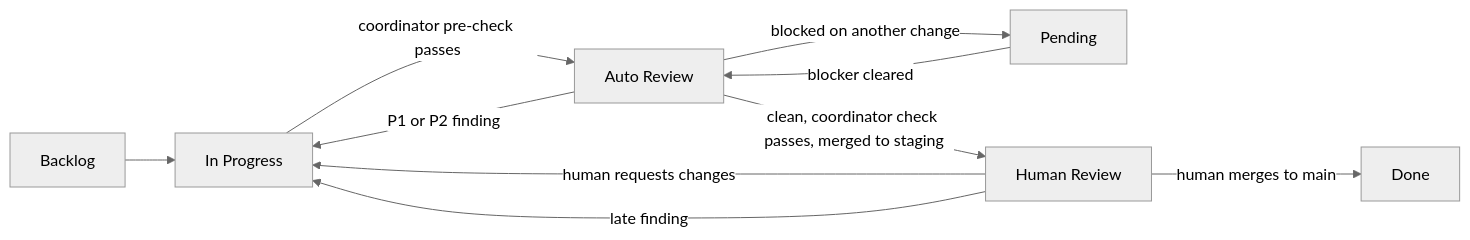
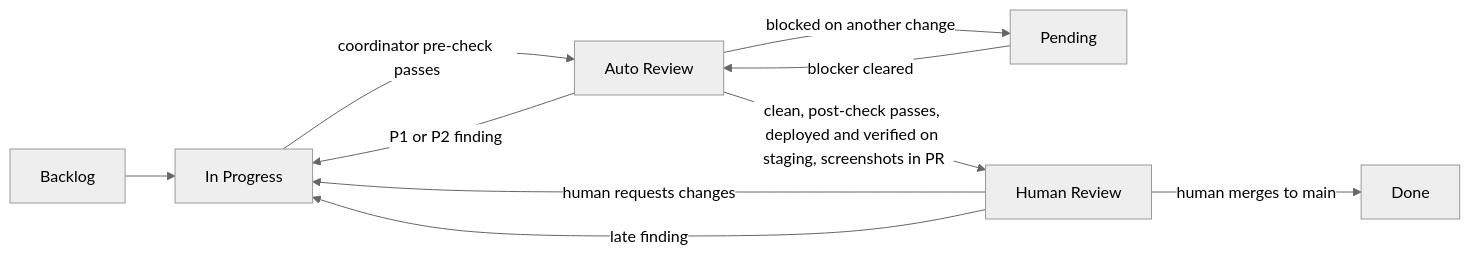
One commit to tangentcode/methodology changed the diagram in workflow.md. Above: the diagram before and after it, drawn with Mermaid (neutral theme). The commit also changed other lines of this file and 4 other files, not shown here.

Commit message:
Gate: pull requests only in Human Review, screenshots in the PR, verified staging deploy

````diff
--- a/workflow.md
+++ b/workflow.md
@@ -24,12 +26,12 @@
 ```mermaid
 flowchart LR
     B[Backlog] --> IP[In Progress]
     IP -->|coordinator pre-check passes| AR[Auto Review]
     AR -->|P1 or P2 finding| IP
     AR -->|blocked on another change| P[Pending]
     P -->|blocker cleared| AR
-    AR -->|clean, coordinator check passes, merged to staging| HR[Human Review]
+    AR -->|clean, post-check passes, deployed and verified on staging, screenshots in PR| HR[Human Review]
     HR -->|human requests changes| IP
     HR -->|late finding| IP
     HR -->|human merges to main| D[Done]
 ```
````
